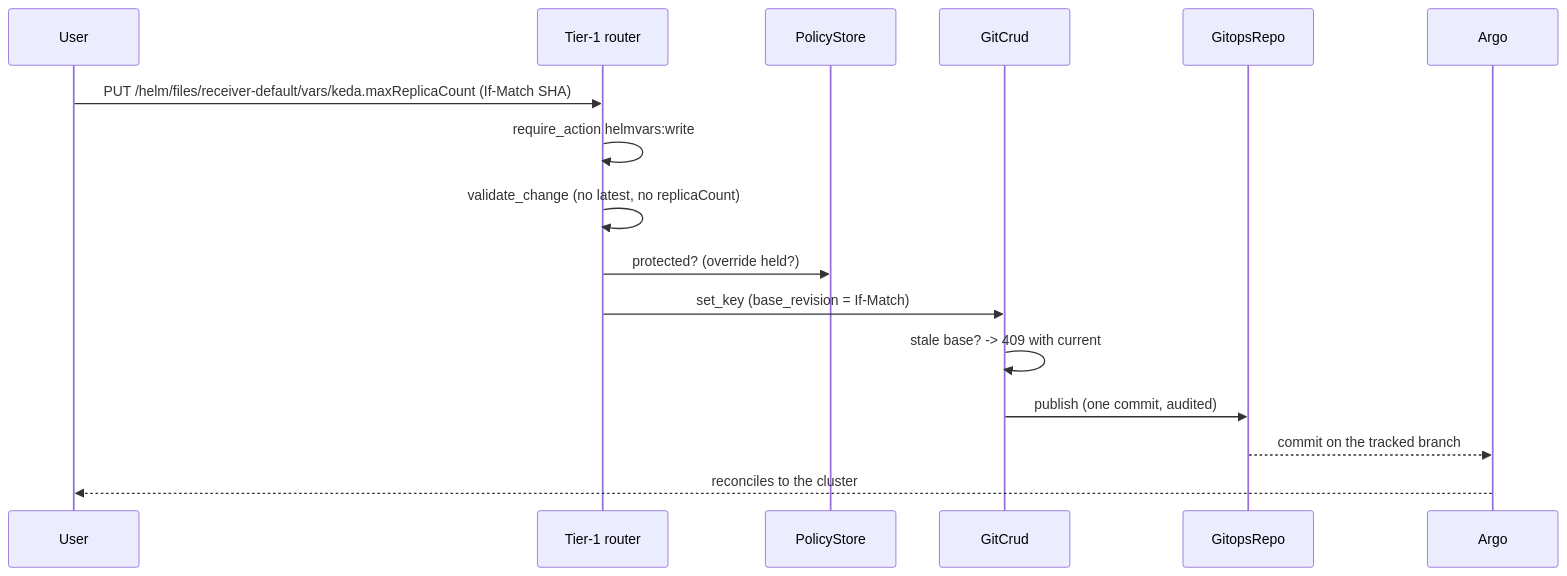
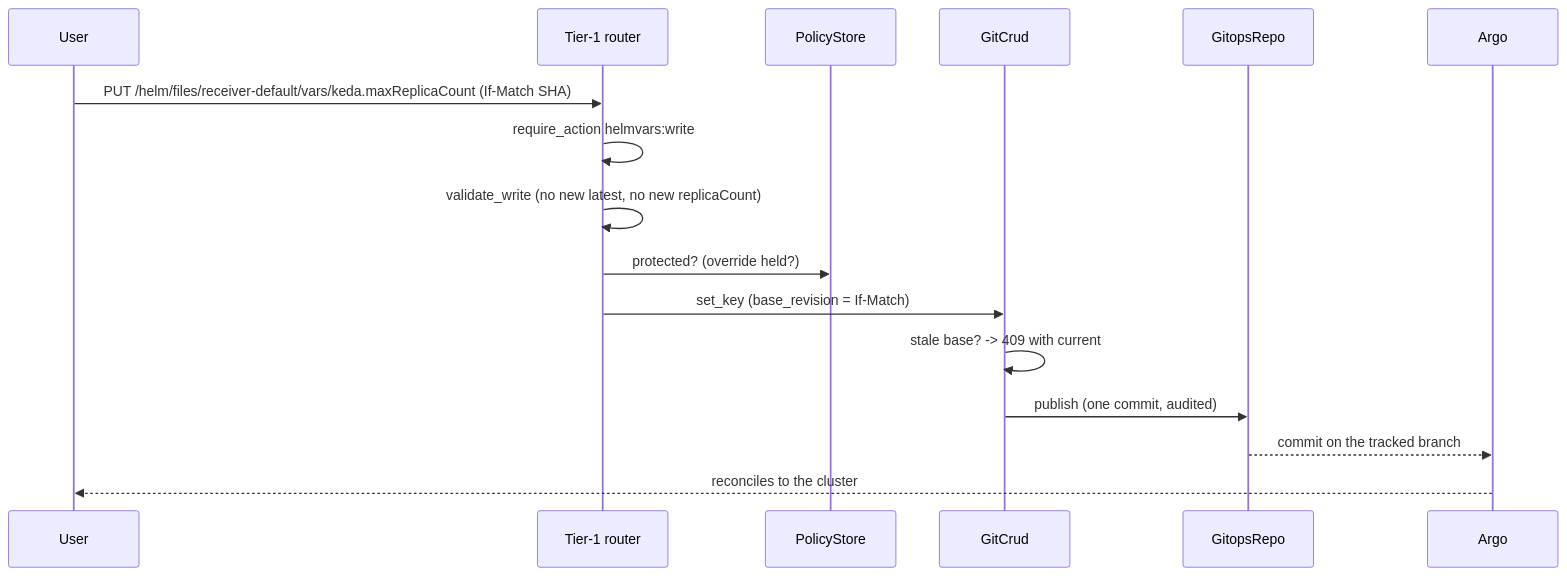
Before and after one commit to hyperi-io/dfe-engine: the second of 8 diagrams in docs/control-plane/governed-ops-design.md, drawn with Mermaid. The commit also changed 19 other files, not shown here.

````diff
--- a/docs/control-plane/governed-ops-design.md
+++ b/docs/control-plane/governed-ops-design.md
@@ -122,19 +122,19 @@
 ```mermaid
 sequenceDiagram
     participant User
     participant Helm as Tier-1 router
     participant Policy as PolicyStore
     participant Crud as GitCrud
     participant Repo as GitopsRepo
     participant Argo
 
     User->>Helm: PUT /helm/files/receiver-default/vars/keda.maxReplicaCount (If-Match SHA)
     Helm->>Helm: require_action helmvars:write
-    Helm->>Helm: validate_change (no latest, no replicaCount)
+    Helm->>Helm: validate_write (no new latest, no new replicaCount)
     Helm->>Policy: protected? (override held?)
     Helm->>Crud: set_key (base_revision = If-Match)
     Crud->>Crud: stale base? -> 409 with current
     Crud->>Repo: publish (one commit, audited)
     Repo-->>Argo: commit on the tracked branch
     Argo-->>User: reconciles to the cluster
 ```
````
